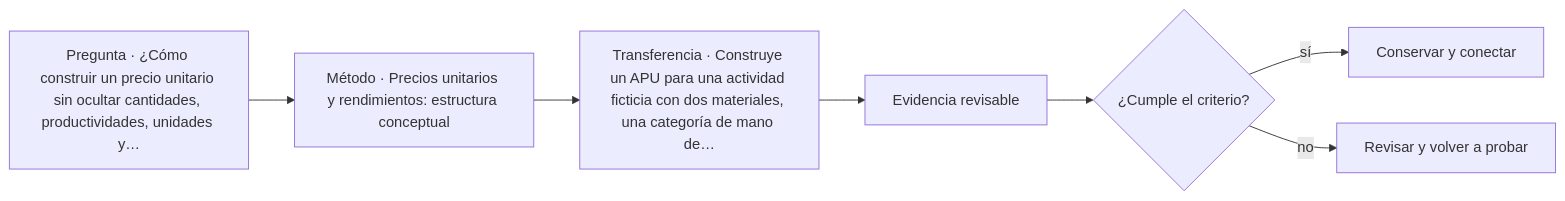
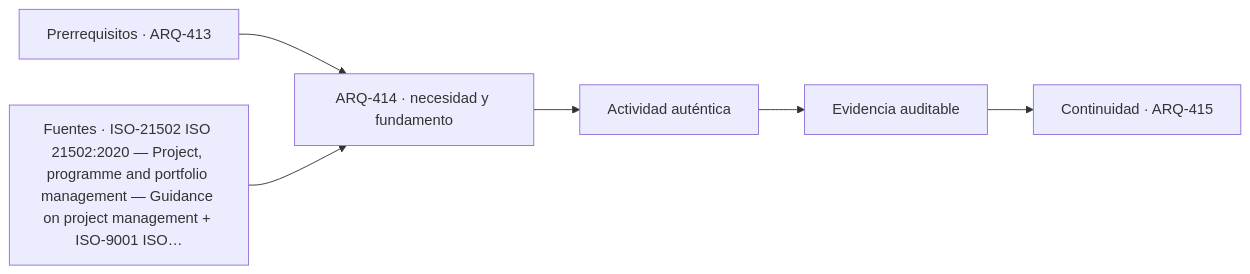
Before and after one commit to vladimiracunadev-create/architecture-built-environment-learning-program: the diagram in classes/parte-42/ARQ-414.md, drawn with Mermaid. The commit also changed other lines of this file and 761 other files, not shown here.

````diff
--- a/classes/parte-42/ARQ-414.md
+++ b/classes/parte-42/ARQ-414.md
@@ -75,9 +87,8 @@
 ```mermaid
 flowchart LR
-    Q["Pregunta · ¿Cómo construir un precio unitario sin ocultar cantidades, productividades, unidades y…"] --> M["Método · Precios unitarios y rendimientos: estructura conceptual"]
-    M --> P["Transferencia · Construye un APU para una actividad ficticia con dos materiales, una categoría de mano de…"]
-    P --> E["Evidencia revisable"]
-    E --> C{"¿Cumple el criterio?"}
-    C -->|sí| T["Conservar y conectar"]
-    C -->|no| R["Revisar y volver a probar"]
+    A["Prerrequisitos · ARQ-413"] --> B["ARQ-414 · necesidad y fundamento"]
+    S["Fuentes · ISO-21502 ISO 21502:2020 — Project, programme and portfolio management — Guidance on project management + ISO-9001 ISO…"] --> B
+    B --> C["Actividad auténtica"]
+    C --> D["Evidencia auditable"]
+    D --> E["Continuidad · ARQ-415"]
 ```
````
